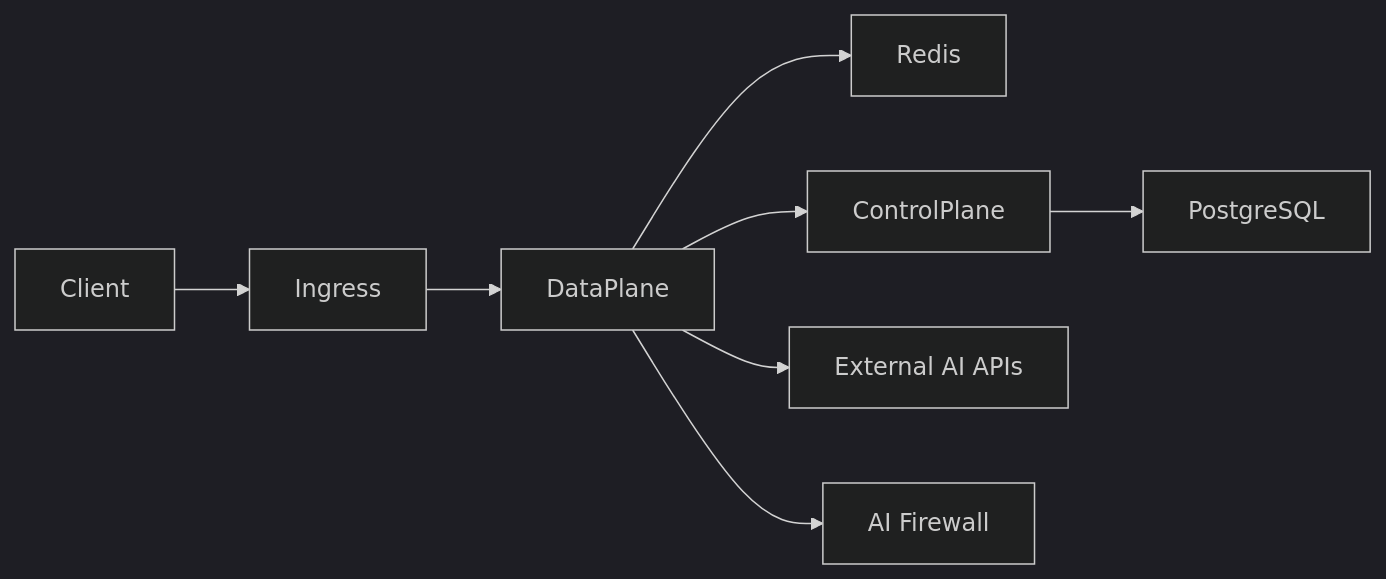
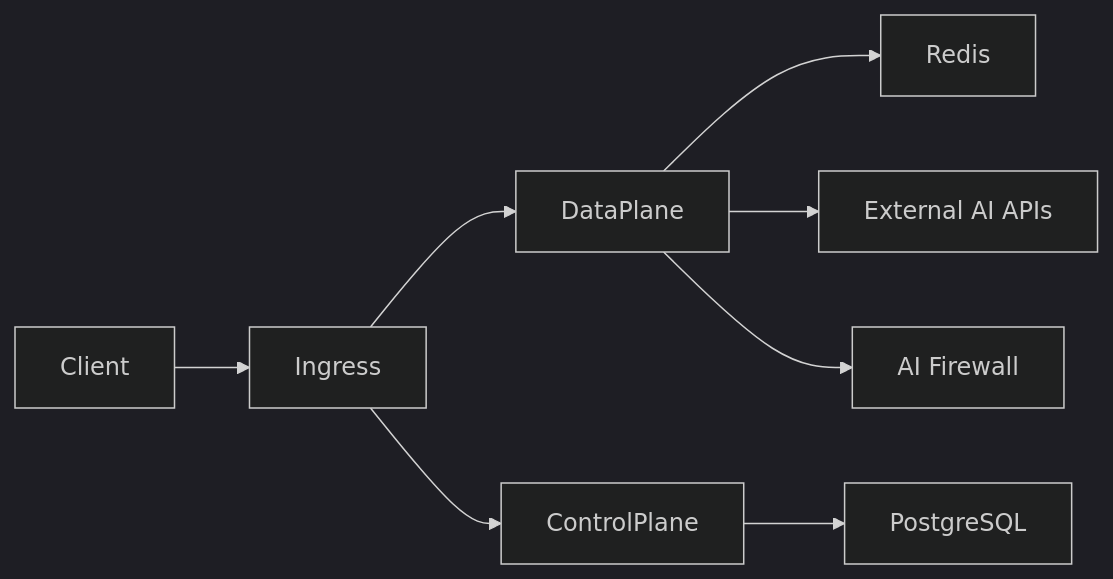
Before and after one commit to NeuralTrust/trustgate-helm-charts: the first of 2 diagrams in README.md, drawn with Mermaid (dark theme). The commit also changed other lines of this file and 1 other file, not shown here.

````diff
--- a/README.md
+++ b/README.md
@@ -418,10 +319,10 @@
 ```mermaid
 graph LR
     Client --> Ingress
     Ingress --> DataPlane
     DataPlane --> Redis
-    DataPlane --> ControlPlane
+    Ingress --> ControlPlane
     ControlPlane --> PostgreSQL
     DataPlane --> ExternalAPIs[External AI APIs]
     DataPlane --> Firewall[AI Firewall]
 ```
````
